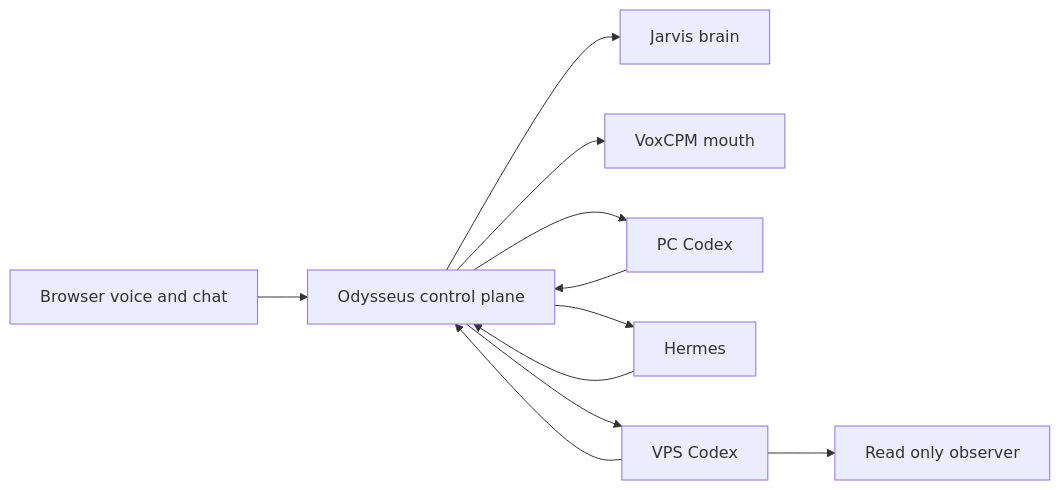
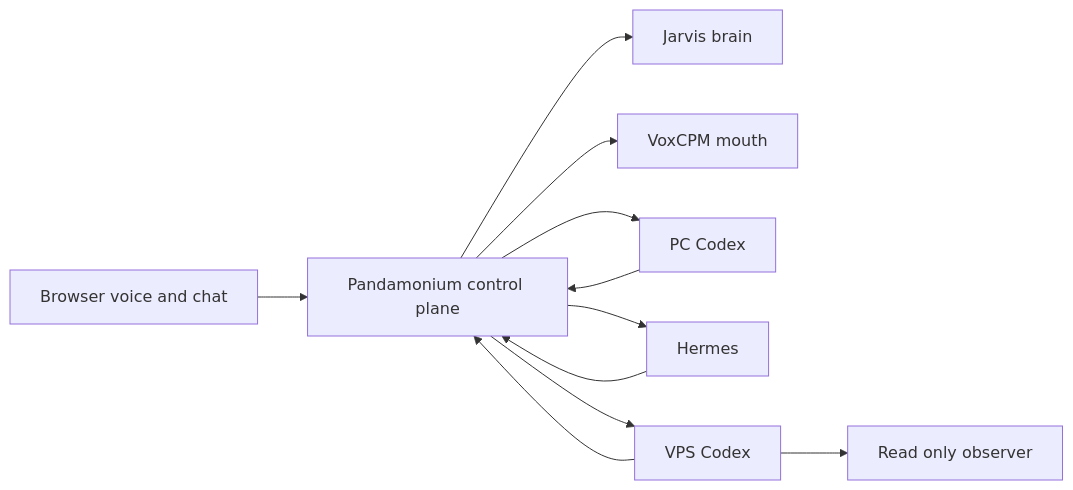
The diagram in docs/mark6-agent-mesh-threat-model.md (MADPANDA3D/Pandamonium), drawn with Mermaid before and after one commit. The commit also changed other lines of this file and 320 other files, not shown here.

````diff
--- a/docs/mark6-agent-mesh-threat-model.md
+++ b/docs/mark6-agent-mesh-threat-model.md
@@ -35,13 +35,13 @@
 ```mermaid
 flowchart LR
-  B["Browser voice and chat"] --> O["Odysseus control plane"]
+  B["Browser voice and chat"] --> O["Pandamonium control plane"]
   O --> Q["Jarvis brain"]
   O --> T["VoxCPM mouth"]
   O --> P["PC Codex"]
   O --> H["Hermes"]
   O --> V["VPS Codex"]
   V --> R["Read only observer"]
   P --> O
   H --> O
   V --> O
 ```
````
